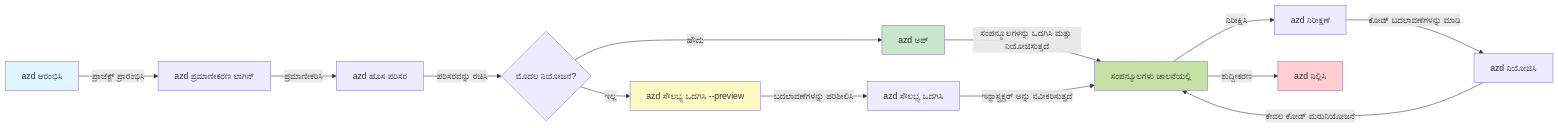
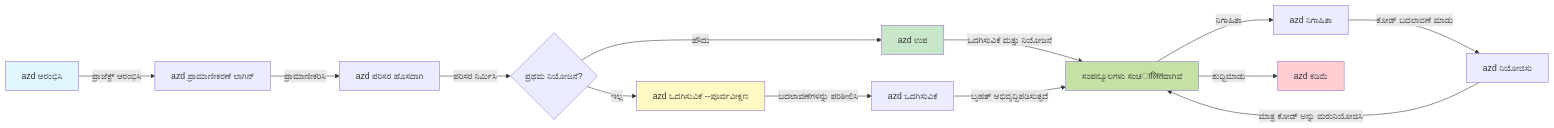
The first of 2 diagrams in translations/kn/docs/chapter-01-foundation/azd-basics.md (microsoft/AZD-for-beginners), drawn with Mermaid before and after one commit. The commit also changed other lines of this file and 101 other files, not shown here.

````diff
--- a/translations/kn/docs/chapter-01-foundation/azd-basics.md
+++ b/translations/kn/docs/chapter-01-foundation/azd-basics.md
@@ -269,21 +269,21 @@
 ```mermaid
 graph LR
-    A[azd ಆರಂಭಿಸಿ] -->|ಪ್ರಾಜೆಕ್ಟ್ ಪ್ರಾರಂಭಿಸಿ| B[azd ಪ್ರಮಾಣೀಕರಣ ಲಾಗಿನ್]
-    B -->|ಪ್ರಮಾಣೀಕರಿಸಿ| C[azd ಹೊಸ ಪರಿಸರ]
-    C -->|ಪರಿಸರವನ್ನು ರಚಿಸಿ| D{ಮೊದಲ ನಿಯೋಜನೆ?}
-    D -->|ಹೌದು| E[azd ಅಪ್]
-    D -->|ಇಲ್ಲ| F[azd ಸೌಲಭ್ಯ ಒದಗಿಸಿ --preview]
-    F -->|ಬದಲಾವಣೆಗಳನ್ನು ಪರಿಶೀಲಿಸಿ| G[azd ಸೌಲಭ್ಯ ಒದಗಿಸಿ]
-    E -->|ಸಂಪನ್ಮೂಲಗಳನ್ನು ಒದಗಿಸಿ ಮತ್ತು ನಿಯೋಜಿಸುತ್ತದೆ| H[ಸಂಪನ್ಮೂಲಗಳು ಚಾಲನೆಯಲ್ಲಿ]
-    G -->|ಇನ್ಫ್ರಾಸ್ಟ್ರಕ್ಚರ್ ಅನ್ನು ನವೀಕರಿಸುತ್ತದೆ| H
-    H -->|ನಿರೀಕ್ಷಿಸಿ| I[azd ನಿರೀಕ್ಷಣೆ]
-    I -->|ಕೋಡ್ ಬದಲಾವಣೆಗಳನ್ನು ಮಾಡಿ| J[azd ನಿಯೋಜಿಸಿ]
-    J -->|ಕೇವಲ ಕೋಡ್ ಮರುನಿಯೋಜನೆ| H
-    H -->|ಶುದ್ಧೀಕರಣ| K[azd ನಿಲ್ಲಿಸಿ]
+    A[azd ಆರಂಭಿಸಿ] -->|ಪ್ರಾಜೆಕ್ಟ್ ಆರಂಭಿಸಿ| B[azd ಪ್ರಾಮಾಣೀಕರಣೆ ಲಾಗಿನ್]
+    B -->|ಪ್ರಾಮಾಣೀಕರಿಸಿ| C[azd ಪರಿಸರ ಹೊಸದಾಗಿ]
+    C -->|ಪರಿಸರ ನಿರ್ಮಿಸಿ| D{ಪ್ರಥಮ ನಿಯೋಜನೆ?}
+    D -->|ಹೌದು| E[azd ಉಪ]
+    D -->|ಇಲ್ಲ| F[azd ಒದಗಿಸುವಿಕೆ --ಪೂರ್ವವೀಕ್ಷಣ]
+    F -->|ಬದಲಾವಣೆಗಳನ್ನು ಪರಿಶೀಲಿಸಿ| G[azd ಒದಗಿಸುವಿಕೆ]
+    E -->|ಒದಗಿಸುವಿಕೆ ಮತ್ತು ನಿಯೋಜನೆ| H[ಸಂಪನ್ಮೂಲಗಳು ಸಂಚालितವಾಗಿವೆ]
+    G -->|ಬೃಹತ್ ಅಭಿವೃದ್ಧಿಪಡಿಸುತ್ತದೆ| H
+    H -->|ನಿಗಾಹಿತಾ| I[azd ನಿಗಾಹಿತಾ]
+    I -->|ಕೋಡ್ ಬದಲಾವಣೆ ಮಾಡು| J[azd ನಿಯೋಜಿಸು]
+    J -->|ಮಾತ್ರ ಕೋಡ್ ಅನ್ನು ಮರುನಿಯೋಜಿಸಿ| H
+    H -->|ಶುಧ್ಧಿಮಾಡು| K[azd ಕಡಿಮೆ]
     
     style A fill:#e1f5fe
     style E fill:#c8e6c9
     style F fill:#fff9c4
     style H fill:#c5e1a5
     style K fill:#ffcdd2
 ```
````
